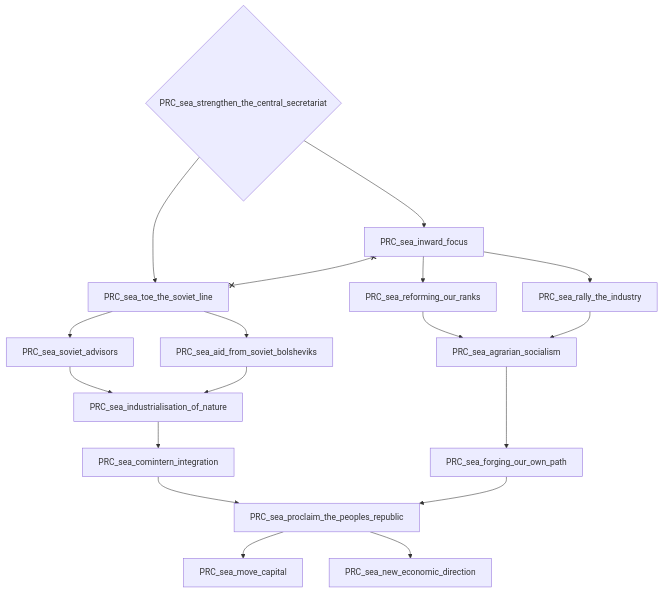
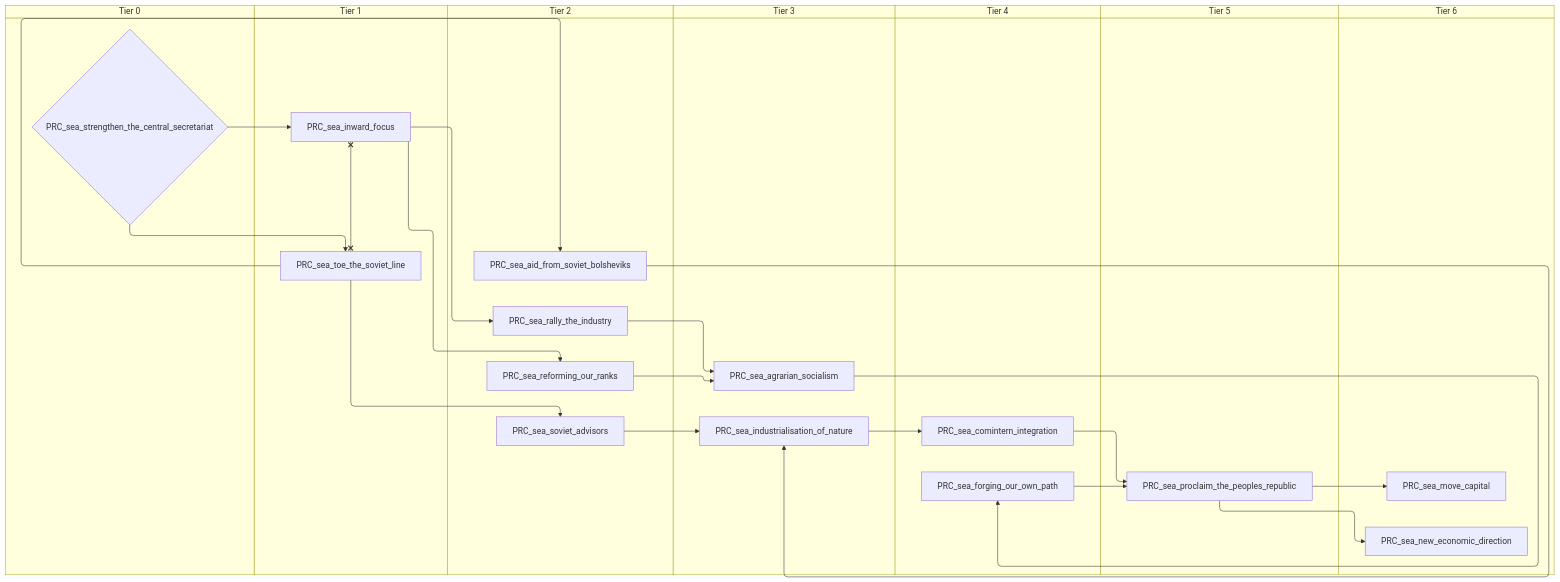
The second of 2 diagrams in docs/gdd/National Focuses/china_communist_warlord_TSR.md (evgeny-sobol/hoi4-sandbox-mode), drawn with Mermaid before and after one commit. The commit also changed other lines of this file and 80 other files, not shown here.

First line of the commit message:
Add swimlane mode to focus graph exporter

````diff
--- a/docs/gdd/National Focuses/china_communist_warlord_TSR.md
+++ b/docs/gdd/National Focuses/china_communist_warlord_TSR.md
@@ -67,34 +85,48 @@
 ```mermaid
-flowchart TD
-    n28["PRC_sea_agrarian_socialism"]
-    n29["PRC_sea_aid_from_soviet_bolsheviks"]
-    n30["PRC_sea_comintern_integration"]
-    n31["PRC_sea_forging_our_own_path"]
-    n32["PRC_sea_industrialisation_of_nature"]
-    n33["PRC_sea_inward_focus"]
-    n34["PRC_sea_move_capital"]
-    n35["PRC_sea_new_economic_direction"]
-    n36["PRC_sea_proclaim_the_peoples_republic"]
-    n37["PRC_sea_rally_the_industry"]
-    n38["PRC_sea_reforming_our_ranks"]
-    n39["PRC_sea_soviet_advisors"]
-    n40{"PRC_sea_strengthen_the_central_secretariat"}
-    n41["PRC_sea_toe_the_soviet_line"]
-    n38 --> n28
-    n37 --> n28
-    n41 --> n29
-    n32 --> n30
-    n28 --> n31
-    n39 --> n32
+swimlane-beta TD
+    subgraph tier_0["Tier 0"]
+        n28{"PRC_sea_strengthen_the_central_secretariat"}
+    end
+    subgraph tier_1["Tier 1"]
+        n29["PRC_sea_inward_focus"]
+        n30["PRC_sea_toe_the_soviet_line"]
+    end
+    subgraph tier_2["Tier 2"]
+        n31["PRC_sea_aid_from_soviet_bolsheviks"]
+        n32["PRC_sea_rally_the_industry"]
+        n33["PRC_sea_reforming_our_ranks"]
+        n34["PRC_sea_soviet_advisors"]
+    end
+    subgraph tier_3["Tier 3"]
+        n35["PRC_sea_agrarian_socialism"]
+        n36["PRC_sea_industrialisation_of_nature"]
+    end
+    subgraph tier_4["Tier 4"]
+        n37["PRC_sea_comintern_integration"]
+        n38["PRC_sea_forging_our_own_path"]
+    end
+    subgraph tier_5["Tier 5"]
+        n39["PRC_sea_proclaim_the_peoples_republic"]
+    end
+    subgraph tier_6["Tier 6"]
+        n40["PRC_sea_move_capital"]
+        n41["PRC_sea_new_economic_direction"]
+    end
+    n33 --> n35
+    n32 --> n35
+    n30 --> n31
+    n36 --> n37
+    n35 --> n38
+    n34 --> n36
+    n31 --> n36
+    n28 --> n29
+    n39 --> n40
+    n39 --> n41
+    n37 --> n39
+    n38 --> n39
     n29 --> n32
-    n40 --> n33
-    n36 --> n34
-    n36 --> n35
-    n30 --> n36
-    n31 --> n36
-    n33 --> n37
-    n33 --> n38
-    n41 --> n39
-    n40 --> n41
-    n33 x--x n41
+    n29 --> n33
+    n30 --> n34
+    n28 --> n30
+    n29 x--x n30
 ```
````
